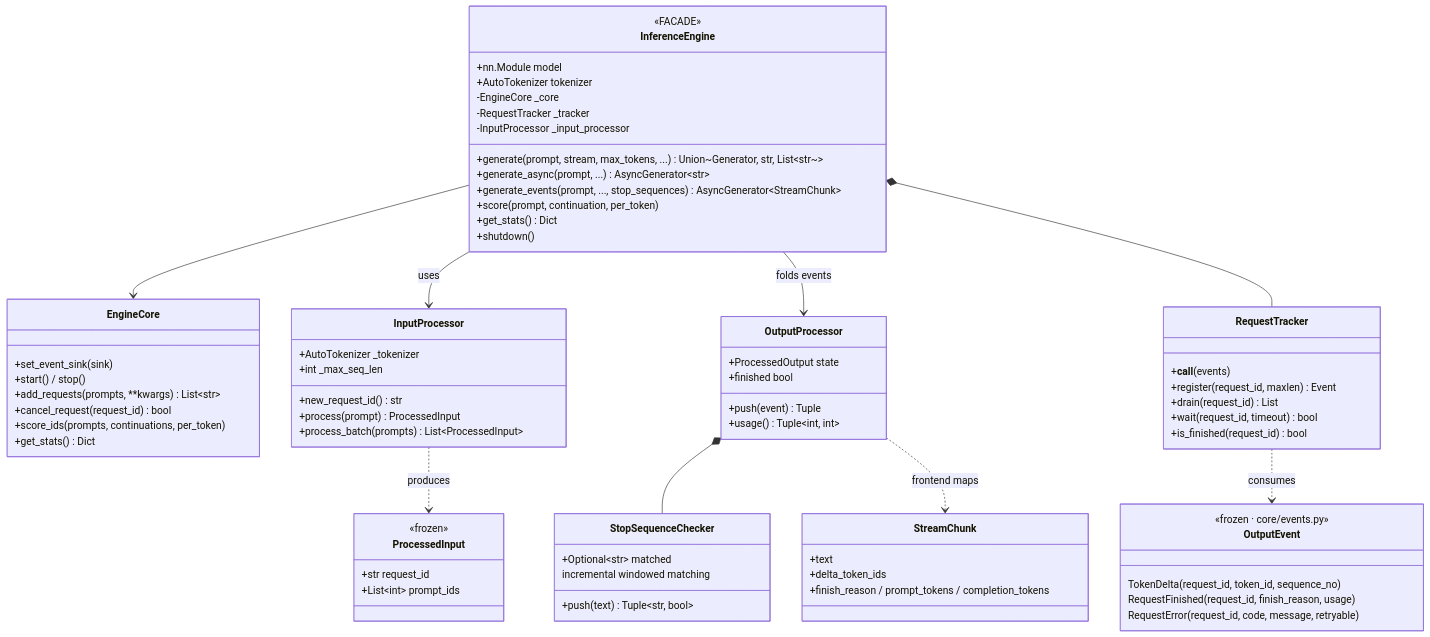
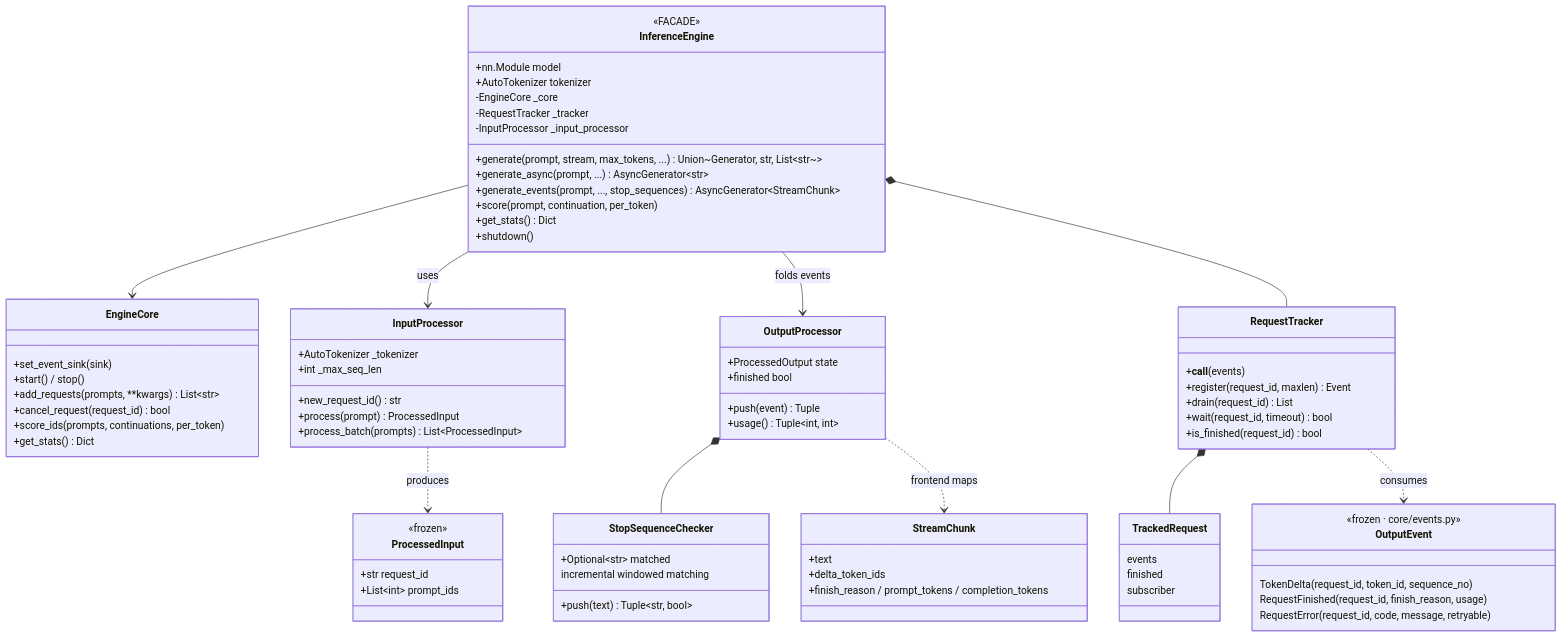
The diagram in docs/developer/inference/frontend.md (ViperEkura/AstrAI), drawn with Mermaid before and after one commit. The commit also changed 21 other files, not shown here.

````diff
--- a/docs/developer/inference/frontend.md
+++ b/docs/developer/inference/frontend.md
@@ -13,76 +13,82 @@
 ```mermaid
 classDiagram
     direction TB
     class InferenceEngine {
         <<FACADE>>
         +nn.Module model
         +AutoTokenizer tokenizer
         -EngineCore _core
         -RequestTracker _tracker
         -InputProcessor _input_processor
         +generate(prompt, stream, max_tokens, ...) Union~Generator, str, List~str~~
         +generate_async(prompt, ...) AsyncGenerator~str~
         +generate_events(prompt, ..., stop_sequences) AsyncGenerator~StreamChunk~
         +score(prompt, continuation, per_token)
         +get_stats() Dict
         +shutdown()
     }
     class EngineCore {
         +set_event_sink(sink)
         +start() / stop()
         +add_requests(prompts, **kwargs) List~str~
         +cancel_request(request_id) bool
         +score_ids(prompts, continuations, per_token)
         +get_stats() Dict
     }
     class InputProcessor {
         +AutoTokenizer _tokenizer
         +int _max_seq_len
         +new_request_id() str
         +process(prompt) ProcessedInput
         +process_batch(prompts) List~ProcessedInput~
     }
     class ProcessedInput {
         <<frozen>>
         +str request_id
         +List~int~ prompt_ids
     }
     class OutputProcessor {
         +ProcessedOutput state
         +push(event) Tuple
         +usage() Tuple~int, int~
         +finished bool
     }
     class StopSequenceChecker {
         +Optional~str~ matched
         +push(text) Tuple~str, bool~
         incremental windowed matching
     }
     class RequestTracker {
         +__call__(events)
         +register(request_id, maxlen) Event
         +drain(request_id) List
         +wait(request_id, timeout) bool
         +is_finished(request_id) bool
     }
+    class TrackedRequest {
+        events
+        finished
+        subscriber
+    }
     class OutputEvent {
         <<frozen · core/events.py>>
         TokenDelta(request_id, token_id, sequence_no)
         RequestFinished(request_id, finish_reason, usage)
         RequestError(request_id, code, message, retryable)
     }
     class StreamChunk {
         +text
         +delta_token_ids
         +finish_reason / prompt_tokens / completion_tokens
     }
 
     InferenceEngine --> EngineCore
     InferenceEngine --> InputProcessor : uses
     InferenceEngine --> OutputProcessor : folds events
     InferenceEngine *-- RequestTracker
     InputProcessor ..> ProcessedInput : produces
     OutputProcessor *-- StopSequenceChecker
+    RequestTracker *-- TrackedRequest
     RequestTracker ..> OutputEvent : consumes
     OutputProcessor ..> StreamChunk : frontend maps
 ```
````
